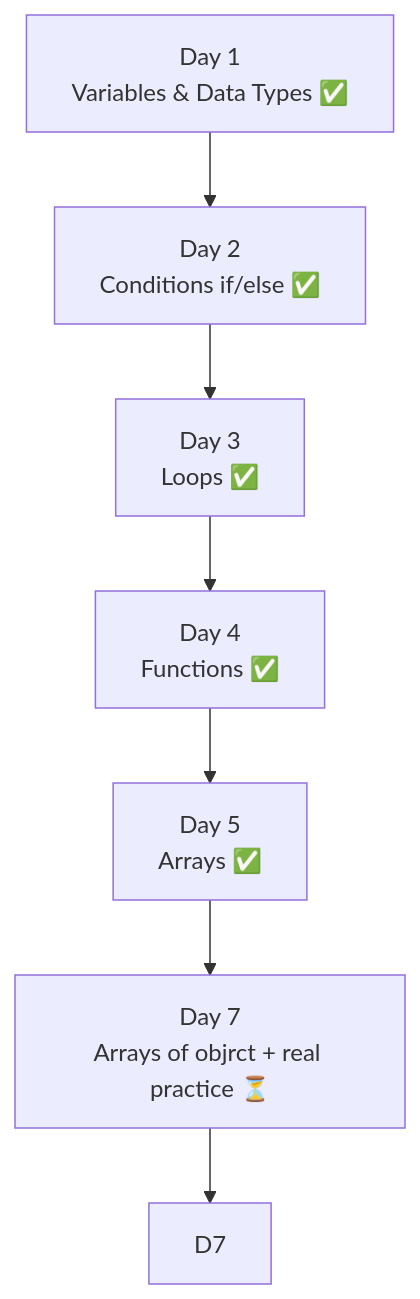
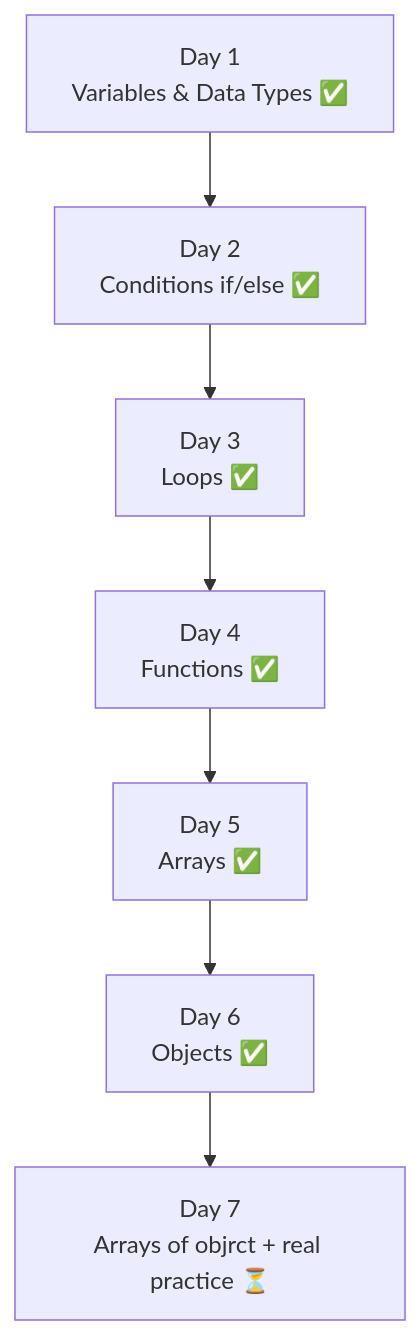
Before and after one commit to Madannayak003/my-codespace-2026: the diagram in README.md, drawn with Mermaid.

Commit message:
README.md

````diff
--- a/README.md
+++ b/README.md
@@ -174,17 +174,17 @@
 ```mermaid
 graph TD
     D1["Day 1<br/>Variables & Data Types ✅"]
     D2["Day 2<br/>Conditions if/else ✅"]
     D3["Day 3<br/>Loops ✅"]
     D4["Day 4<br/>Functions ✅"]
     D5["Day 5<br/>Arrays ✅"]
     D6["Day 6<br/>Objects ✅"]
-    D6["Day 7<br/>Arrays of objrct + real practice ⏳"]
+    D7["Day 7<br/>Arrays of objrct + real practice ⏳"]
 
     D1 --> D2
     D2 --> D3
     D3 --> D4
     D4 --> D5
     D5 --> D6
     D6 --> D7
 ```
````
